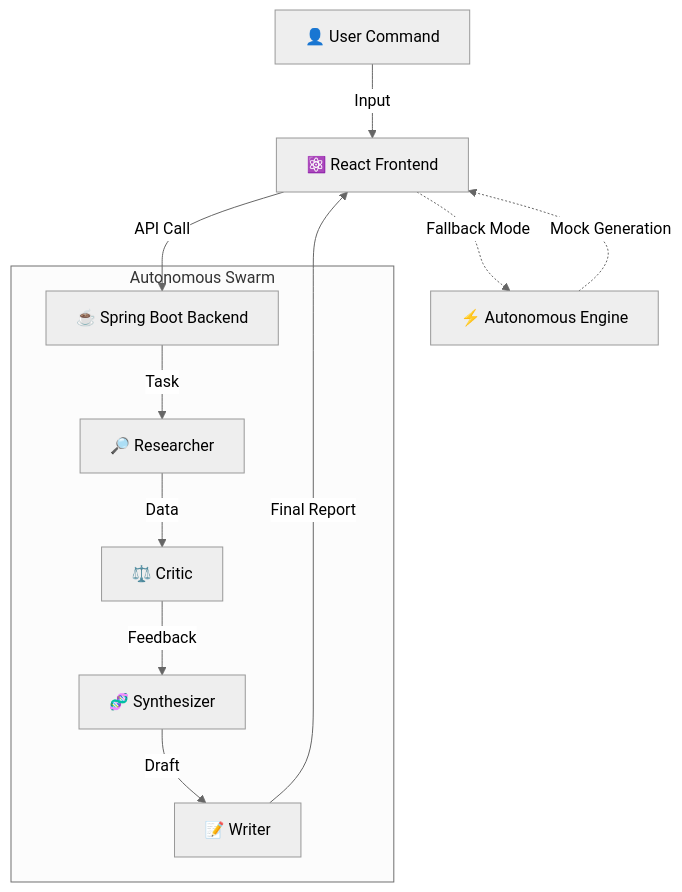
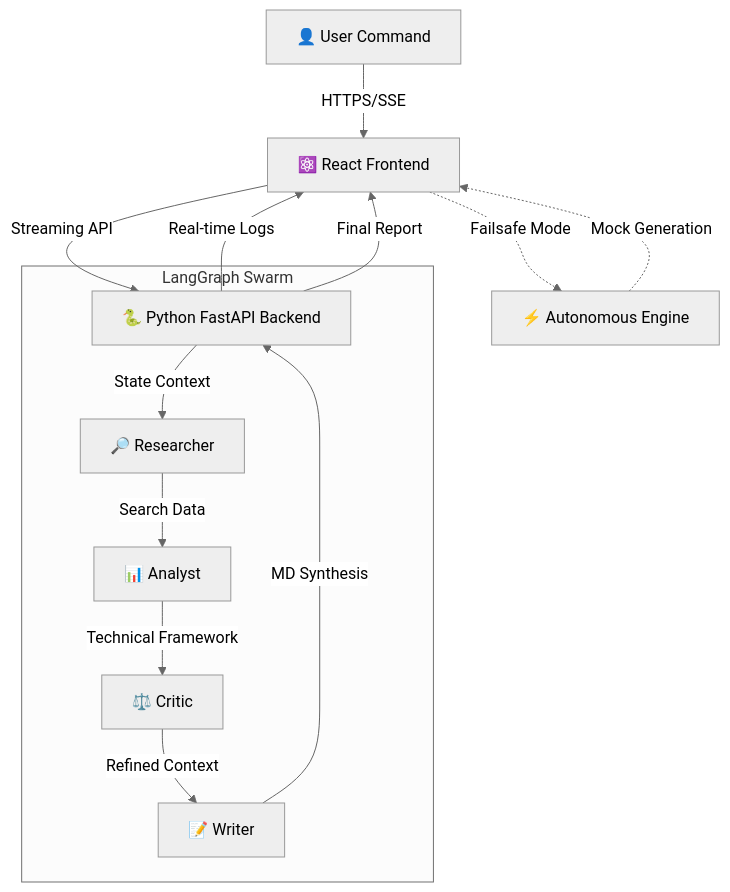
One commit to Ranjithhub08/multi-agent-research-bot changed the diagram in README.md. Above: the diagram before and after it, drawn with Mermaid (neutral theme). The commit also changed other lines of this file and 19 other files, not shown here.

Commit message:
Refactor: Upgrade to Python/LangGraph backend for advanced multi-agent orchestration

````diff
--- a/README.md
+++ b/README.md
@@ -42,17 +42,19 @@
 ```mermaid
 graph TD
-    User[👤 User Command] -->|Input| FE[⚛️ React Frontend]
-    FE -->|API Call| BE[☕ Spring Boot Backend]
+    User[👤 User Command] -->|HTTPS/SSE| FE[⚛️ React Frontend]
+    FE -->|Streaming API| BE[🐍 Python FastAPI Backend]
     
-    subgraph "Autonomous Swarm"
-    BE -->|Task| A1[🔎 Researcher]
-    A1 -->|Data| A2[⚖️ Critic]
-    A2 -->|Feedback| A3[🧬 Synthesizer]
-    A3 -->|Draft| A4[📝 Writer]
+    subgraph "LangGraph Swarm"
+    BE -->|State Context| A1[🔎 Researcher]
+    A1 -->|Search Data| A2[📊 Analyst]
+    A2 -->|Technical Framework| A3[⚖️ Critic]
+    A3 -->|Refined Context| A4[📝 Writer]
+    A4 -->|MD Synthesis| BE
     end
     
-    A4 -->|Final Report| FE
+    BE -->|Real-time Logs| FE
+    BE -->|Final Report| FE
     
-    FE -.->|Fallback Mode| AM[⚡ Autonomous Engine]
+    FE -.->|Failsafe Mode| AM[⚡ Autonomous Engine]
     AM -.->|Mock Generation| FE
 ```
````
